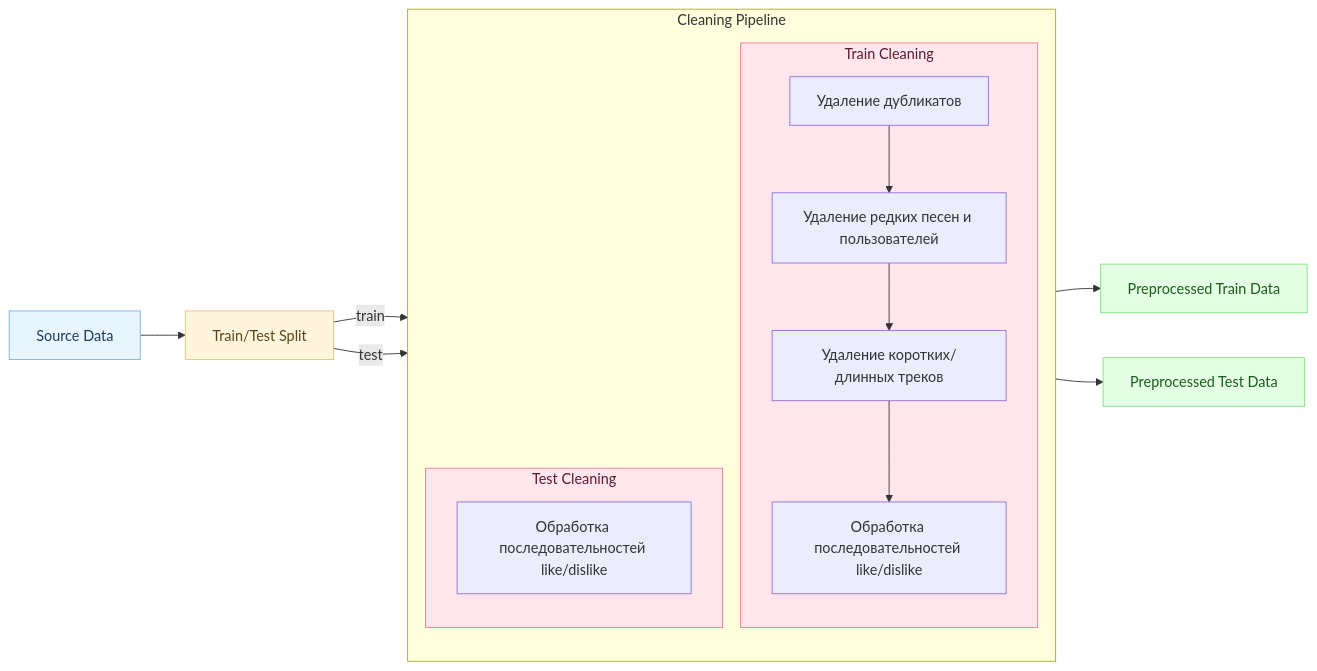
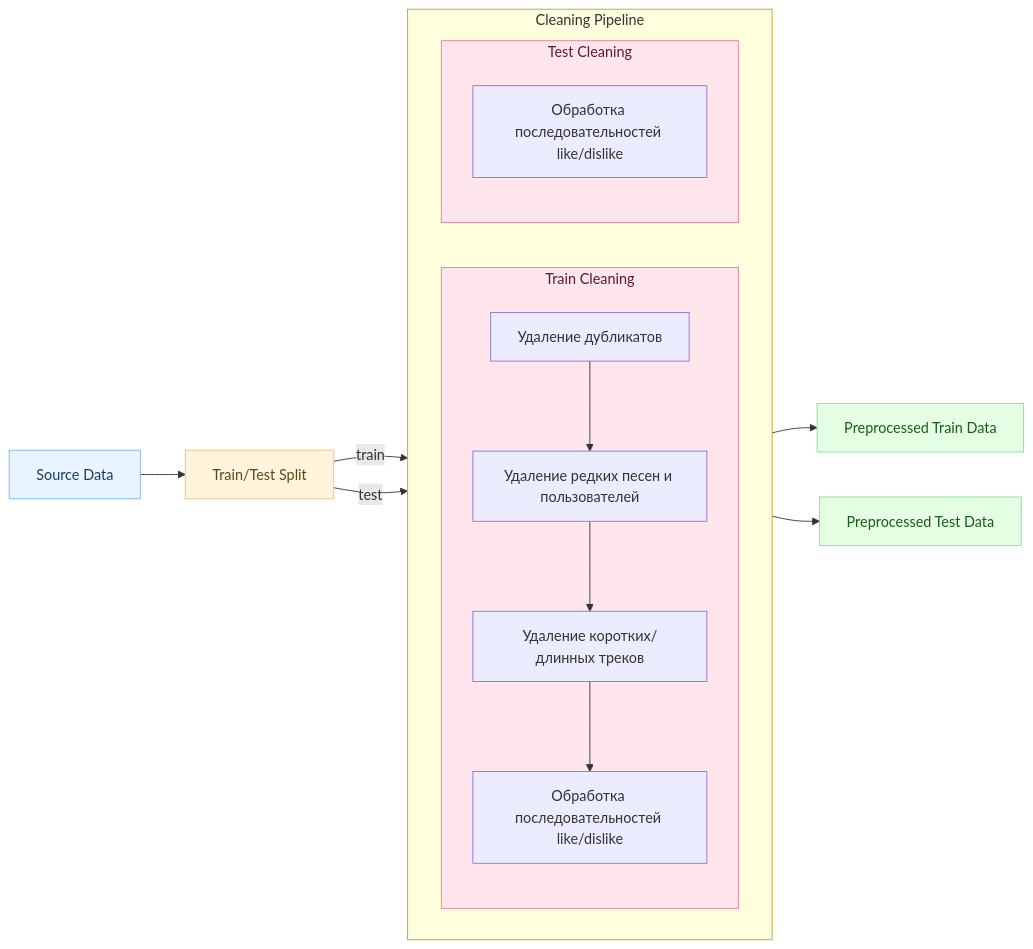
One commit to Nastasy822/music-recommendation-experiments changed the first of 2 diagrams in README.md. Above: the diagram before and after it, drawn with Mermaid.

Commit message:
docs: add diagram of preprocessing

````diff
--- a/README.md
+++ b/README.md
@@ -138,50 +138,52 @@
 ```mermaid
 flowchart LR
 
     %% === Исходные данные ===
     SRC["Source Data"]
 
     %% === Train/Test Split ===
     SPLIT["Train/Test Split"]
 
     %% === Cleaning блок ===
     subgraph CLEANING["Cleaning Pipeline"]
-        direction TB
+        direction LR
 
+        %% === Train Cleaning ===
         subgraph TRAIN_CLN["Train Cleaning"]
+            direction TB
             N1["Удаление дубликатов"]
             N2["Удаление редких песен и пользователей"]
             N3["Удаление коротких/длинных треков"]
             N4["Обработка последовательностей like/dislike"]
-            N1 --> N2
-            N2 --> N3
-            N3 --> N4
+            N1 --> N2 --> N3 --> N4
         end
 
+        %% === Test Cleaning ===
         subgraph TEST_CLN["Test Cleaning"]
+            direction TB
             T1["Обработка последовательностей like/dislike"]
         end
     end
 
     PRE_TRAIN["Preprocessed Train Data"]
     PRE_TEST["Preprocessed Test Data"]
 
     %% === Потоки ===
     SRC --> SPLIT
     SPLIT -->|train| N1
     SPLIT -->|test| T1
 
     N4 --> PRE_TRAIN
     T1 --> PRE_TEST
 
     %% === Стили ===
     classDef source fill:#e8f4ff,stroke:#7db4e6,color:#1a3d5c;
     classDef split fill:#fff5dd,stroke:#e6c27d,color:#5c451a;
     classDef clean fill:#ffe6ec,stroke:#e67d9c,color:#5c1a2f;
     classDef result fill:#e5ffe5,stroke:#7de67d,color:#1a5c1a;
 
     class SRC source;
     class SPLIT split;
     class TRAIN_CLN,TEST_CLN clean;
     class PRE_TRAIN,PRE_TEST result;
 ```
````
